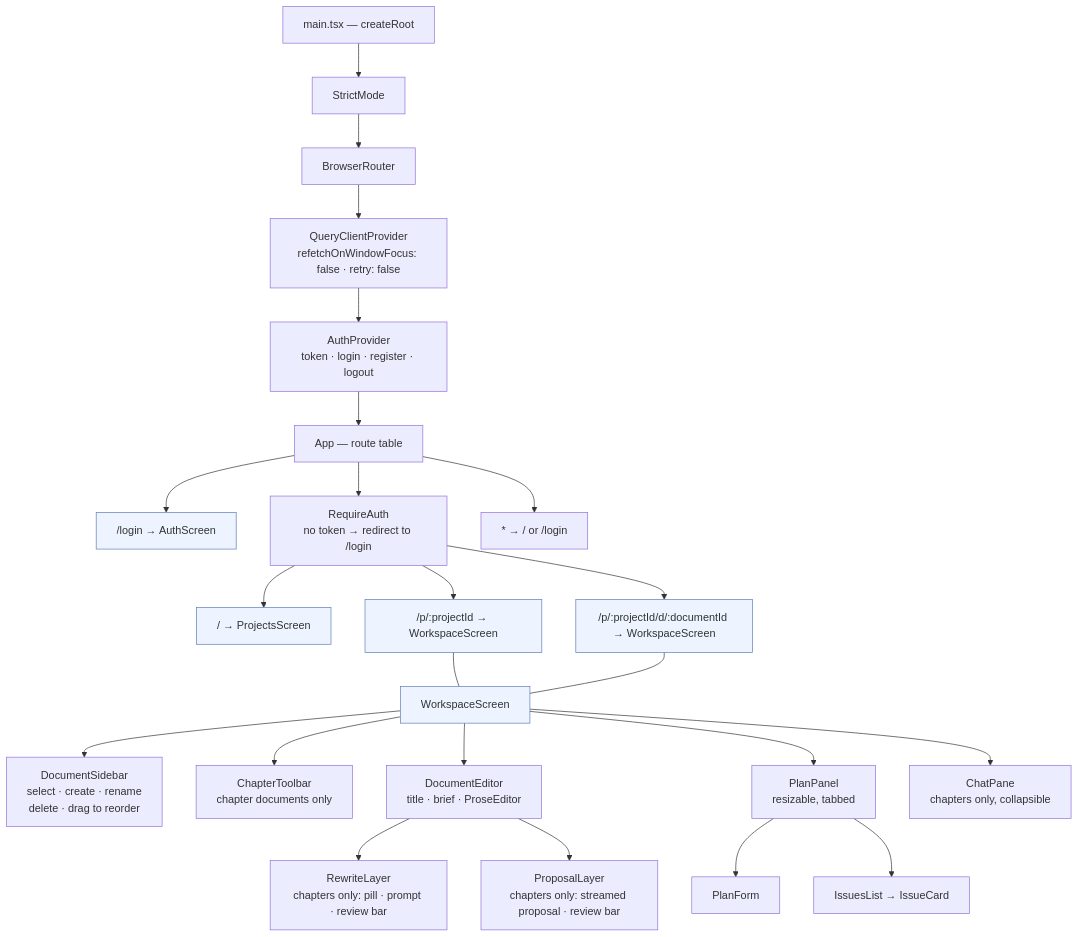
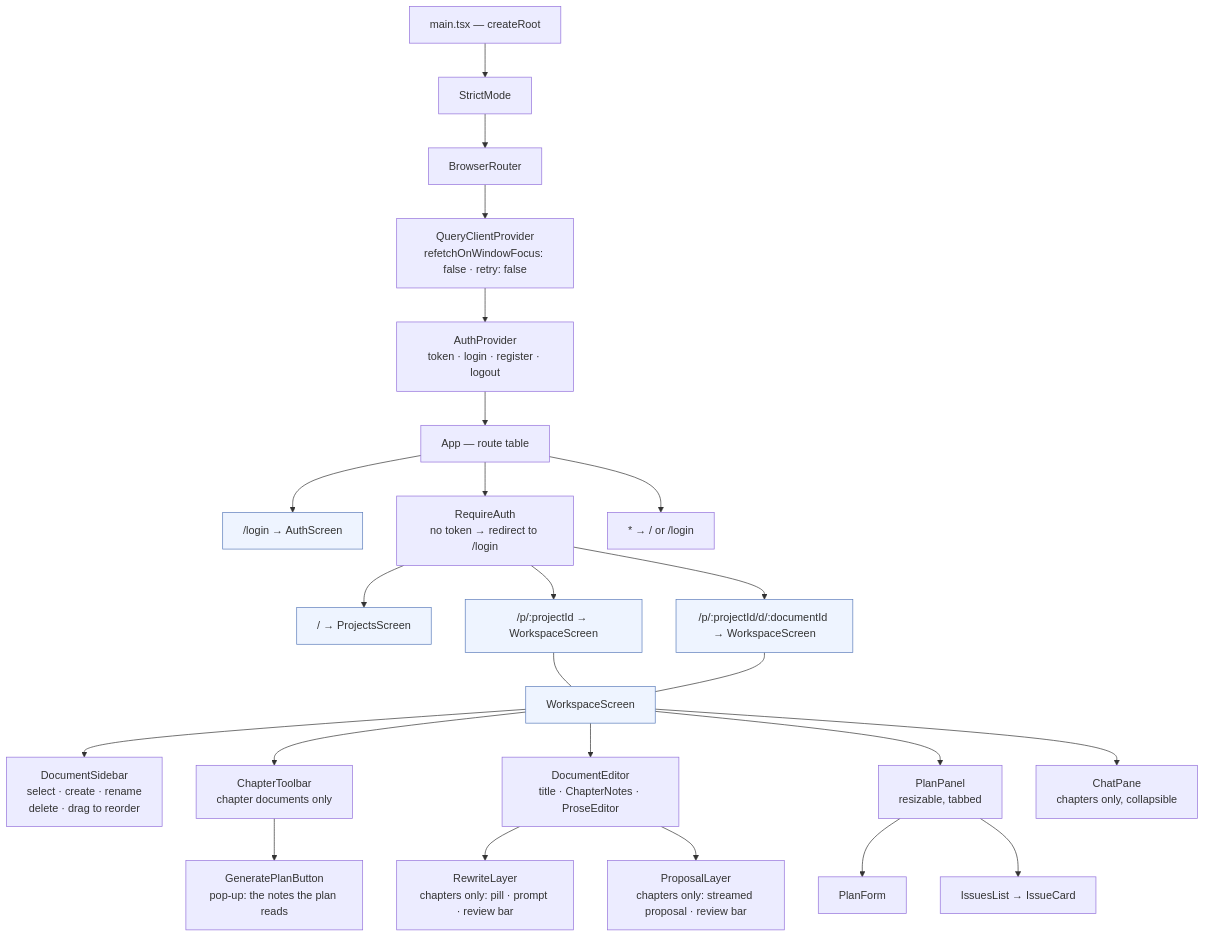
One commit to Akazz-L/maya changed the first of 3 diagrams in docs/diagrams/04-frontend-architecture.md. Above: the diagram before and after it, drawn with Mermaid. The commit also changed other lines of this file and 24 other files, not shown here.

First line of the commit message:
feat: optional multi-line chapter notes, and planning without them (#17)

````diff
--- a/docs/diagrams/04-frontend-architecture.md
+++ b/docs/diagrams/04-frontend-architecture.md
@@ -8,31 +8,32 @@
 ```mermaid
 graph TD
     ROOT["main.tsx — createRoot"] --> SM["StrictMode"]
     SM --> BR["BrowserRouter"]
     BR --> QCP["QueryClientProvider<br/>refetchOnWindowFocus: false · retry: false"]
     QCP --> AP["AuthProvider<br/>token · login · register · logout"]
     AP --> APP["App — route table"]
 
     APP --> LOGIN["/login → AuthScreen"]
     APP --> GUARD["RequireAuth<br/>no token → redirect to /login"]
     APP --> CATCH["* → / or /login"]
 
     GUARD --> PROJ["/ → ProjectsScreen"]
     GUARD --> WS1["/p/:projectId → WorkspaceScreen"]
     GUARD --> WS2["/p/:projectId/d/:documentId → WorkspaceScreen"]
 
     WS1 --- WS["WorkspaceScreen"]
     WS2 --- WS
     WS --> SIDE["DocumentSidebar<br/>select · create · rename<br/>delete · drag to reorder"]
     WS --> TB["ChapterToolbar<br/>chapter documents only"]
-    WS --> ED["DocumentEditor<br/>title · brief · ProseEditor"]
+    TB --> GP["GeneratePlanButton<br/>pop-up: the notes the plan reads"]
+    WS --> ED["DocumentEditor<br/>title · ChapterNotes · ProseEditor"]
     ED --> RL["RewriteLayer<br/>chapters only: pill · prompt · review bar"]
     ED --> PL["ProposalLayer<br/>chapters only: streamed proposal · review bar"]
     WS --> PP["PlanPanel<br/>resizable, tabbed"]
     PP --> PF["PlanForm"]
     PP --> IL["IssuesList → IssueCard"]
     WS --> CP["ChatPane<br/>chapters only, collapsible"]
 
     classDef screen fill:#eef4ff,stroke:#5b7cba
     class LOGIN,PROJ,WS1,WS2,WS screen
 ```
````
